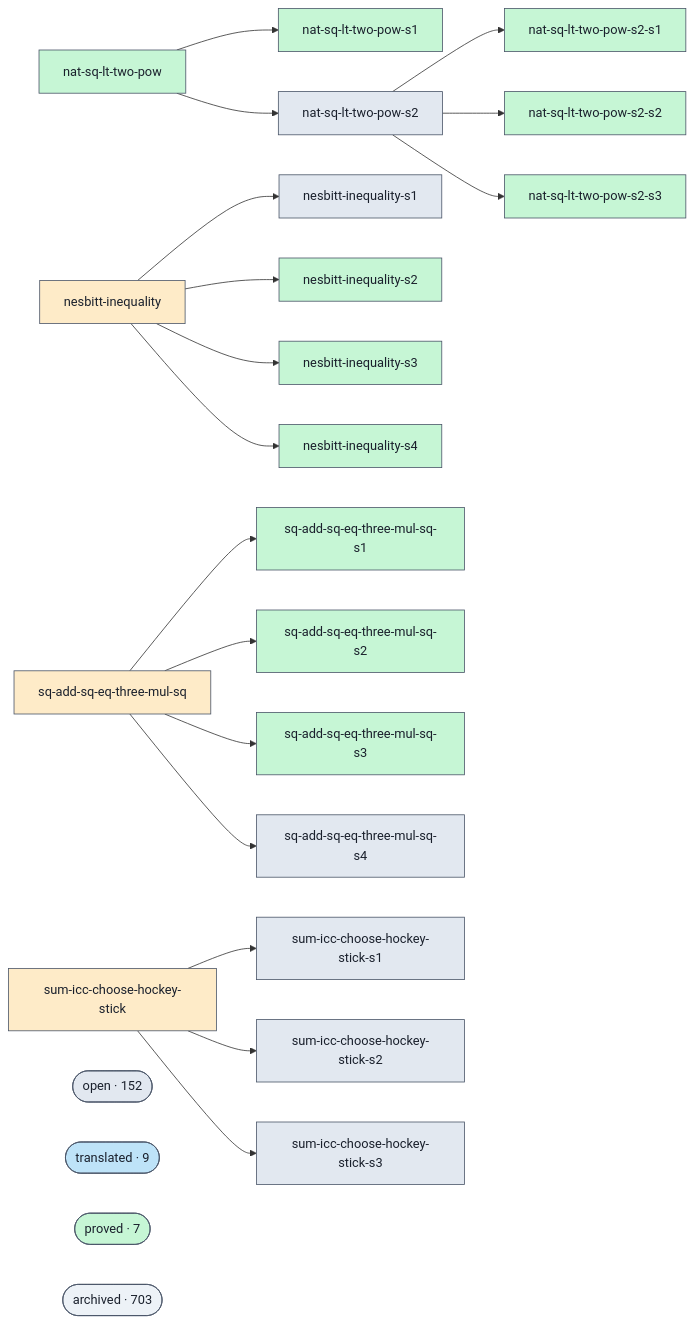
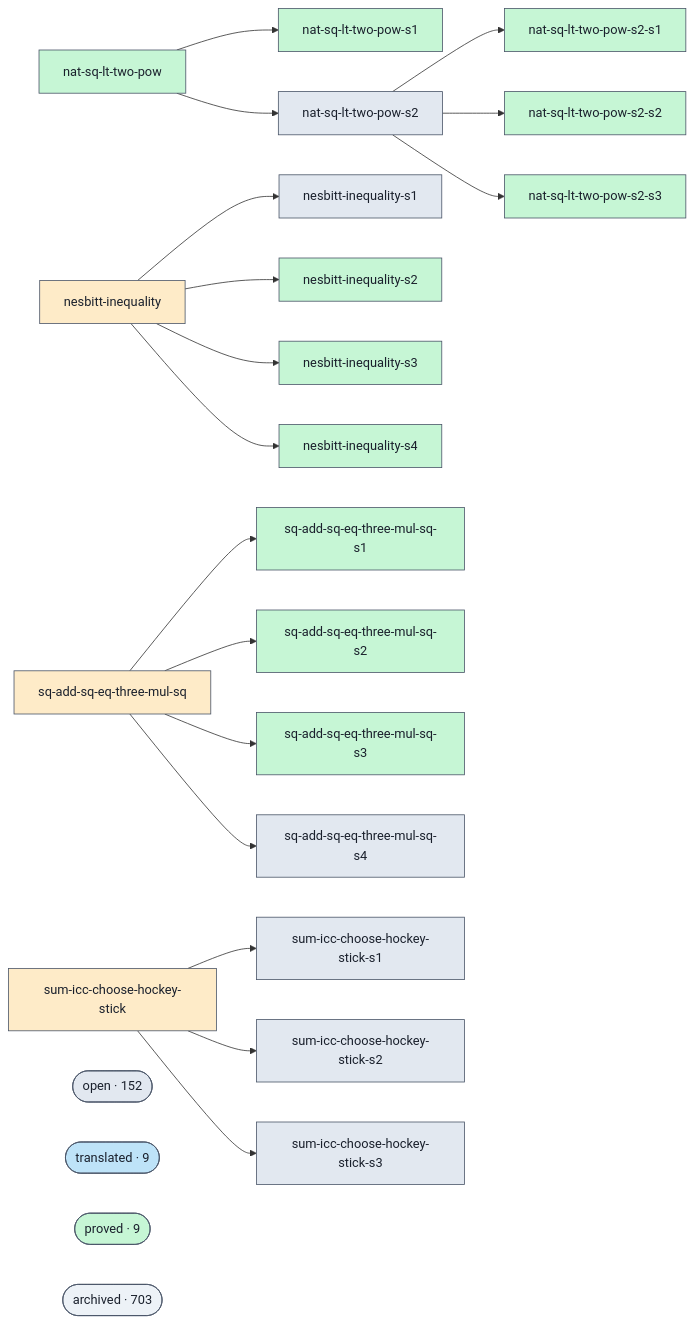
One commit to ohdearquant/unsorry changed the diagram in docs/proofs-contributors-visualisation.md. Above: the diagram before and after it, drawn with Mermaid. The commit also changed other lines of this file and 2 other files, not shown here.

```diff
--- a/docs/proofs-contributors-visualisation.md
+++ b/docs/proofs-contributors-visualisation.md
@@ -102,7 +102,7 @@
   class cluster_open open;
   cluster_translated(["translated · 9"])
   class cluster_translated translated;
-  cluster_proved(["proved · 7"])
+  cluster_proved(["proved · 9"])
   class cluster_proved proved;
   cluster_archived(["archived · 703"])
   class cluster_archived unknown;
```
